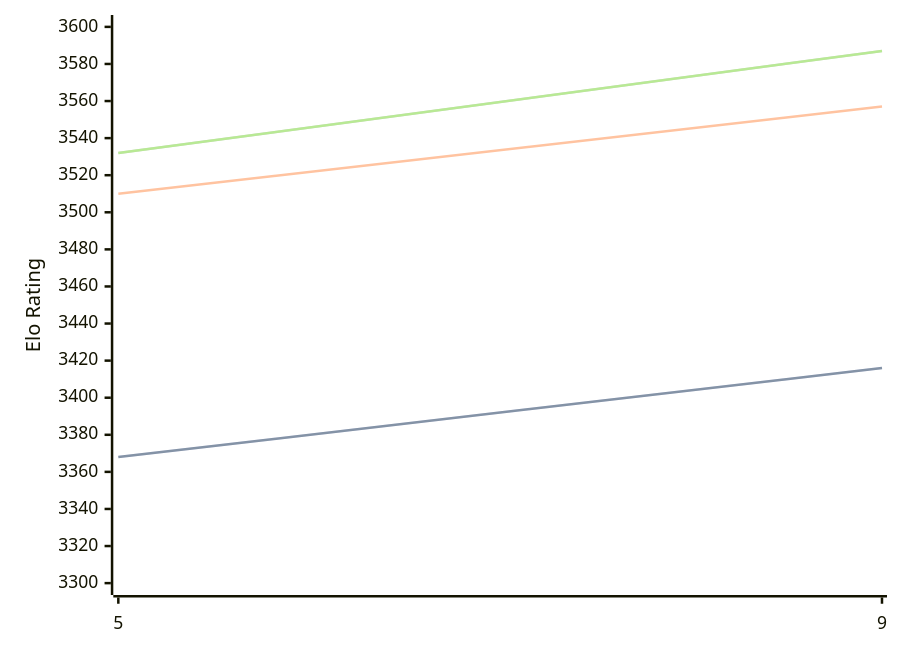
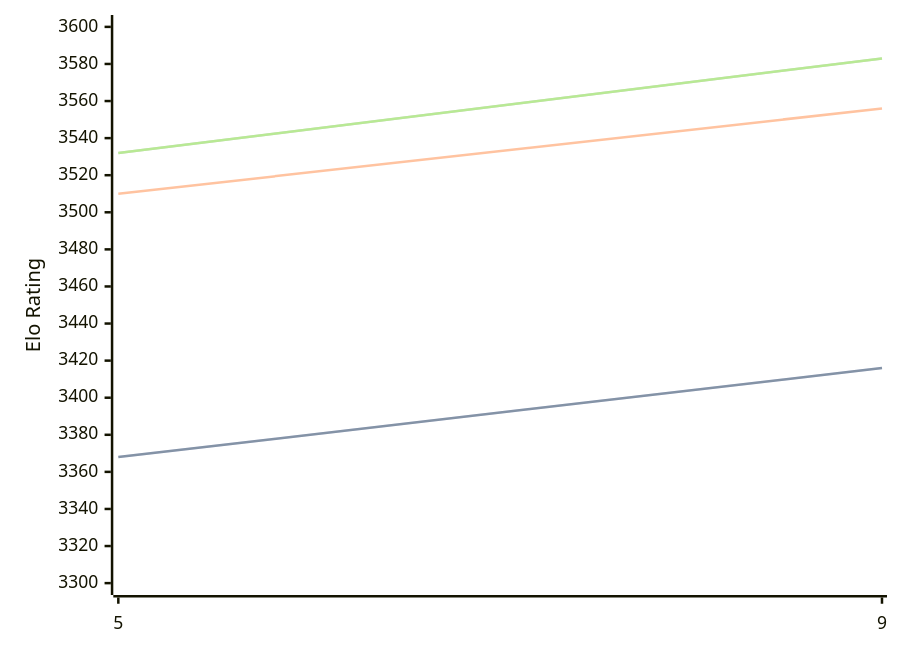
The diagram in engines/Crystal.md (computer-chess-index/cci), drawn with Mermaid before and after one commit. The commit also changed other lines of this file, not shown here.

Commit message:
Update CCI Ratings (ELO VLTC) - 2026-08-03

````diff
--- a/engines/Crystal.md
+++ b/engines/Crystal.md
@@ -60,11 +60,11 @@
 ```mermaid
 %%{init: {"theme":"base","themeVariables":{"seriesColors:['#a3a3a3','#222221','#faa371']}}}%%
 xychart-beta
   x-axis ["5", "9"]
   y-axis "Elo Rating" 3300 --> 3600
   line "STC (8.0+0.08s)" [3368, 3416]
   line "STC (8.0+0.08s)" [3368, 3416]
-  line "LTC (60.0+0.60s)" [3510, 3557]
-  line "VLTC (2m24s+1.12s)" [3532, 3587]
-  line "VLTC (2m24s+1.12s)" [3532, 3587]
+  line "LTC (60.0+0.60s)" [3510, 3556]
+  line "VLTC (2m24s+1.12s)" [3532, 3583]
+  line "VLTC (2m24s+1.12s)" [3532, 3583]
 ```
````
